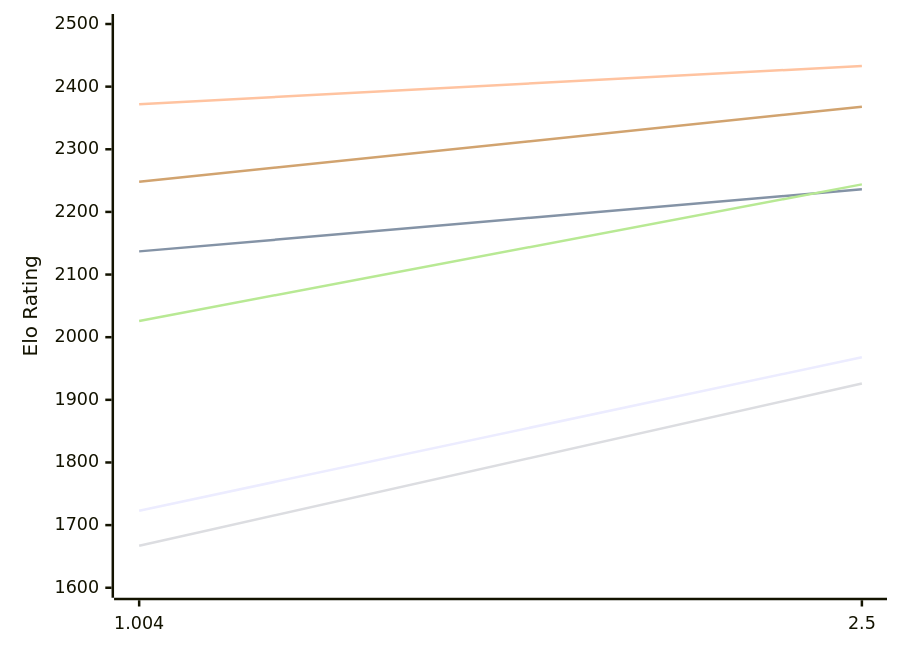
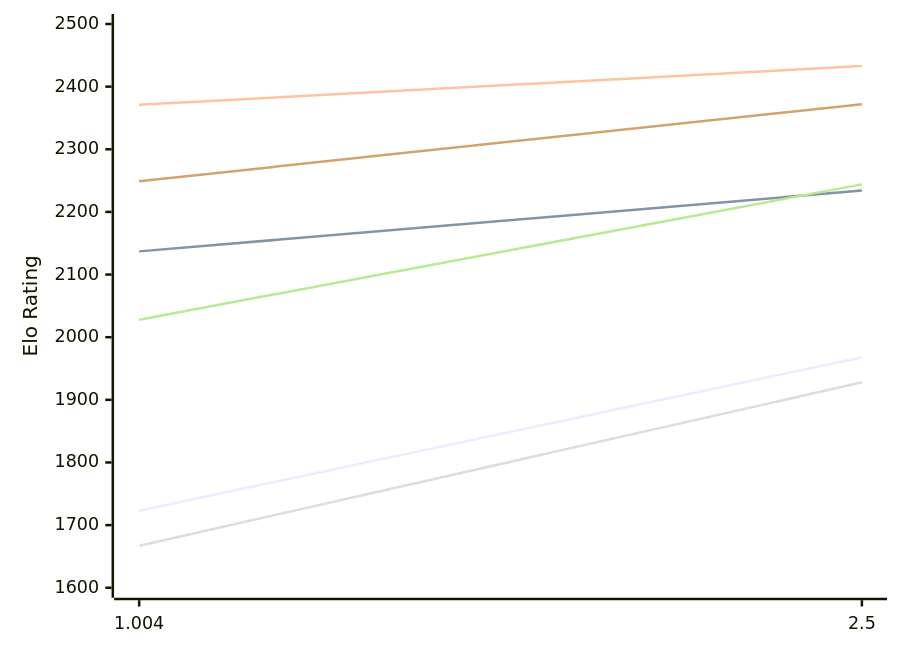
The first of 2 diagrams in engines/Ares.md (computer-chess-index/cci), drawn with Mermaid before and after one commit. The commit also changed other lines of this file, not shown here.

Commit message:
Update CCI Ratings (ELO VLTC) - 2026-11-27

````diff
--- a/engines/Ares.md
+++ b/engines/Ares.md
@@ -50,12 +50,12 @@
 ```mermaid
 %%{init: {"theme":"base","themeVariables":{"seriesColors:['#a3a3a3','#222221','#faa371']}}}%%
 xychart-beta
   x-axis ["1.004", "2.5"]
   y-axis "Elo Rating" 1600 --> 2500
   line "E1: STC (8.0+0.08s)" [1723, 1968]
-  line "E1: LTC (60.0+0.60s)" [2137, 2236]
-  line "E1: VLTC (2m24s+1.12s)" [2372, 2433]
-  line "P1: STC (8.0+0.08s)" [1667, 1926]
-  line "P1: LTC (60.0+0.60s)" [2026, 2244]
-  line "P1: VLTC (2m24s+1.12s)" [2248, 2368]
+  line "E1: LTC (60.0+0.60s)" [2137, 2234]
+  line "E1: VLTC (2m24s+1.12s)" [2371, 2433]
+  line "P1: STC (8.0+0.08s)" [1667, 1928]
+  line "P1: LTC (60.0+0.60s)" [2028, 2244]
+  line "P1: VLTC (2m24s+1.12s)" [2249, 2372]
 ```
````
